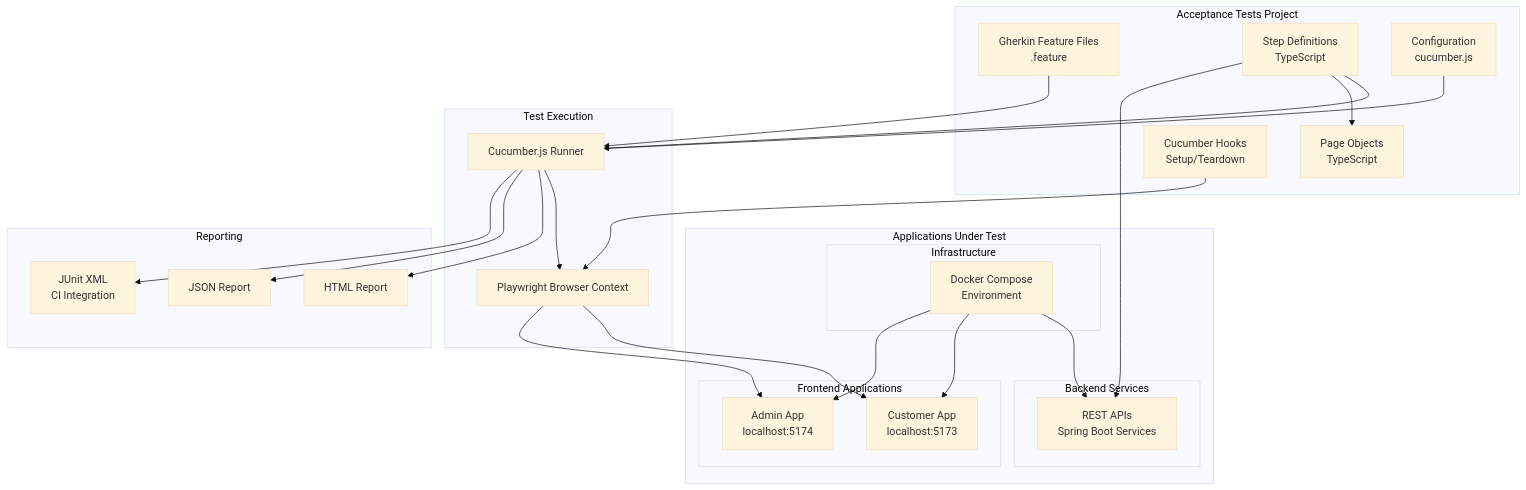
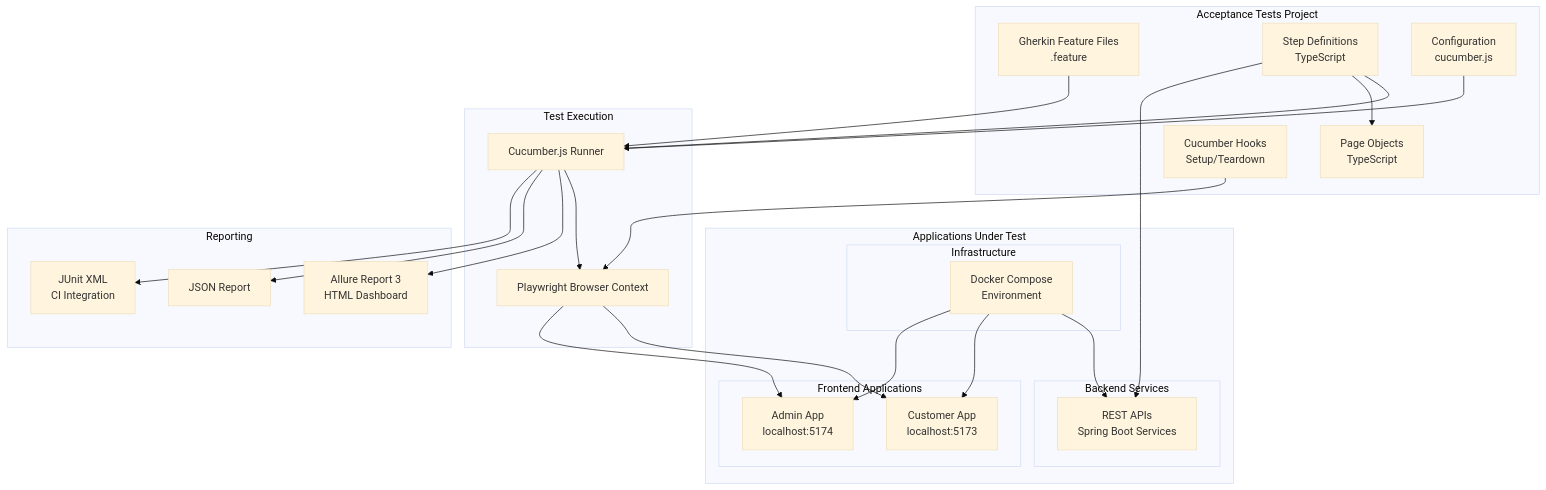
The first of 3 diagrams in documentation/user-stories/0001-acceptance-testing/README.md (cebartling/acme-inc-2026), drawn with Mermaid (base theme) before and after one commit. The commit also changed other lines of this file and 1 other file, not shown here.

First line of the commit message:
Update user story to use Allure Report 3 for test reporting

````diff
--- a/documentation/user-stories/0001-acceptance-testing/README.md
+++ b/documentation/user-stories/0001-acceptance-testing/README.md
@@ -37,56 +37,56 @@
 ```mermaid
 graph TB
     subgraph "Acceptance Tests Project"
         FEATURES[Gherkin Feature Files<br/>.feature]
         STEPS[Step Definitions<br/>TypeScript]
         PAGES[Page Objects<br/>TypeScript]
         HOOKS[Cucumber Hooks<br/>Setup/Teardown]
         CONFIG[Configuration<br/>cucumber.js]
     end
 
     subgraph "Test Execution"
         CUCUMBER[Cucumber.js Runner]
         PLAYWRIGHT[Playwright Browser Context]
     end
 
     subgraph "Applications Under Test"
         subgraph "Frontend Applications"
             CUSTOMER[Customer App<br/>localhost:5173]
             ADMIN[Admin App<br/>localhost:5174]
         end
 
         subgraph "Backend Services"
             API[REST APIs<br/>Spring Boot Services]
         end
 
         subgraph "Infrastructure"
             DOCKER[Docker Compose<br/>Environment]
         end
     end
 
     subgraph "Reporting"
-        HTML[HTML Report]
+        ALLURE[Allure Report 3<br/>HTML Dashboard]
         JSON[JSON Report]
         JUNIT[JUnit XML<br/>CI Integration]
     end
 
     FEATURES --> CUCUMBER
     STEPS --> CUCUMBER
     CONFIG --> CUCUMBER
 
     CUCUMBER --> PLAYWRIGHT
     STEPS --> PAGES
     HOOKS --> PLAYWRIGHT
 
     PLAYWRIGHT --> CUSTOMER
     PLAYWRIGHT --> ADMIN
     STEPS --> API
 
     DOCKER --> API
     DOCKER --> CUSTOMER
     DOCKER --> ADMIN
 
-    CUCUMBER --> HTML
+    CUCUMBER --> ALLURE
     CUCUMBER --> JSON
     CUCUMBER --> JUNIT
 ```
````
